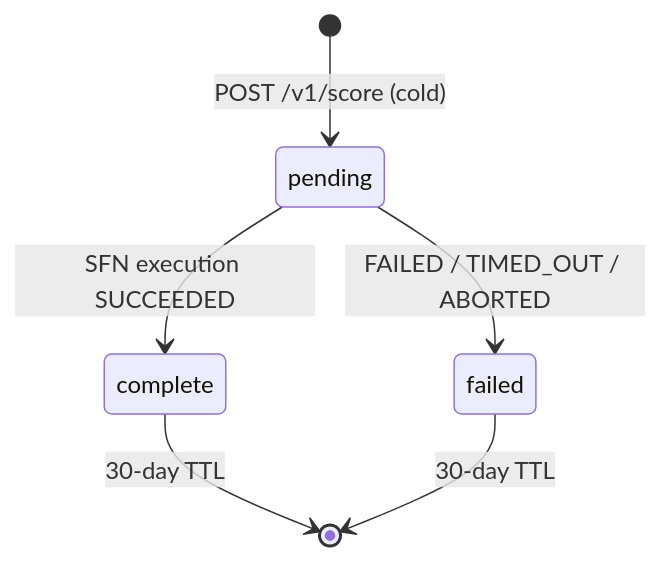
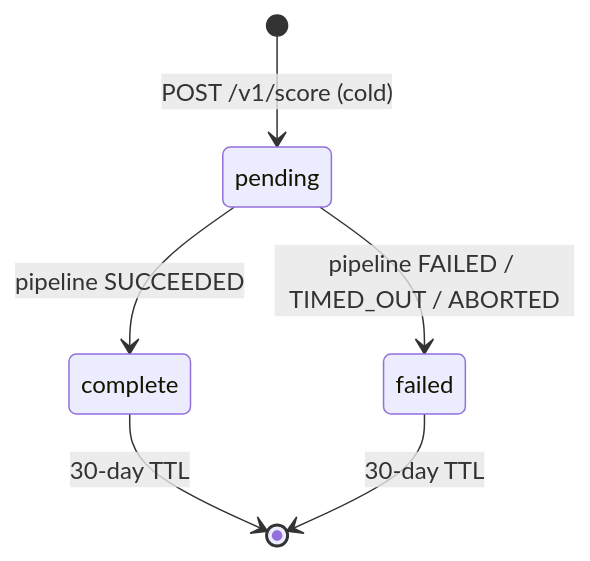
Before and after one commit to nj1411/kepler-api-docs: the diagram in endpoints/async.mdx, drawn with Mermaid. The commit also changed other lines of this file and 10 other files, not shown here.

````diff
--- a/endpoints/async.mdx
+++ b/endpoints/async.mdx
@@ -81,8 +81,8 @@
 ```mermaid
 stateDiagram-v2
   [*] --> pending: POST /v1/score (cold)
-  pending --> complete: SFN execution SUCCEEDED
-  pending --> failed: FAILED / TIMED_OUT / ABORTED
+  pending --> complete: pipeline SUCCEEDED
+  pending --> failed: pipeline FAILED / TIMED_OUT / ABORTED
   complete --> [*]: 30-day TTL
   failed --> [*]: 30-day TTL
 ```
````
